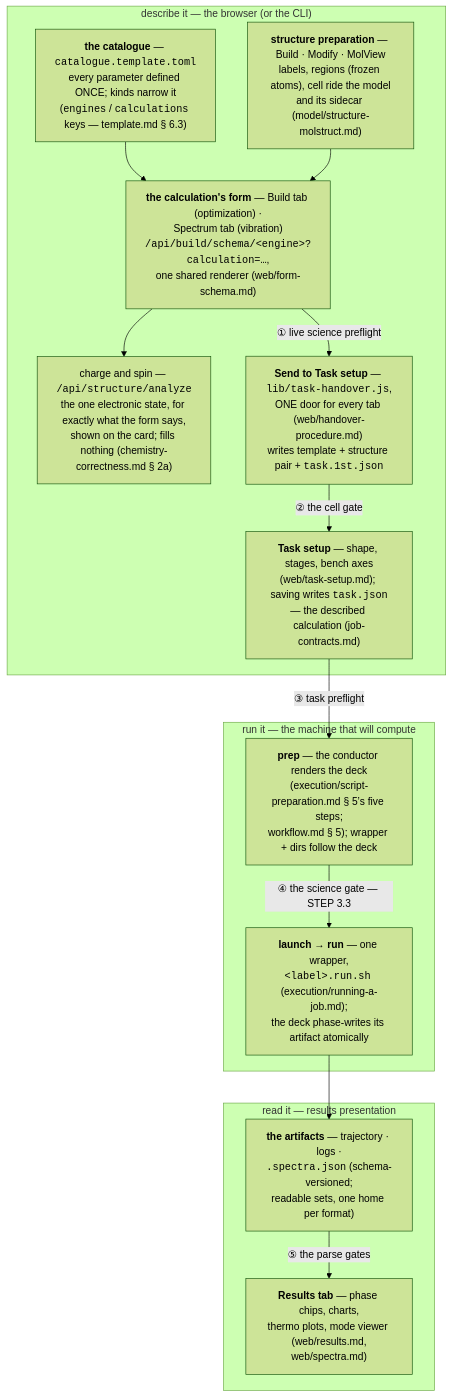
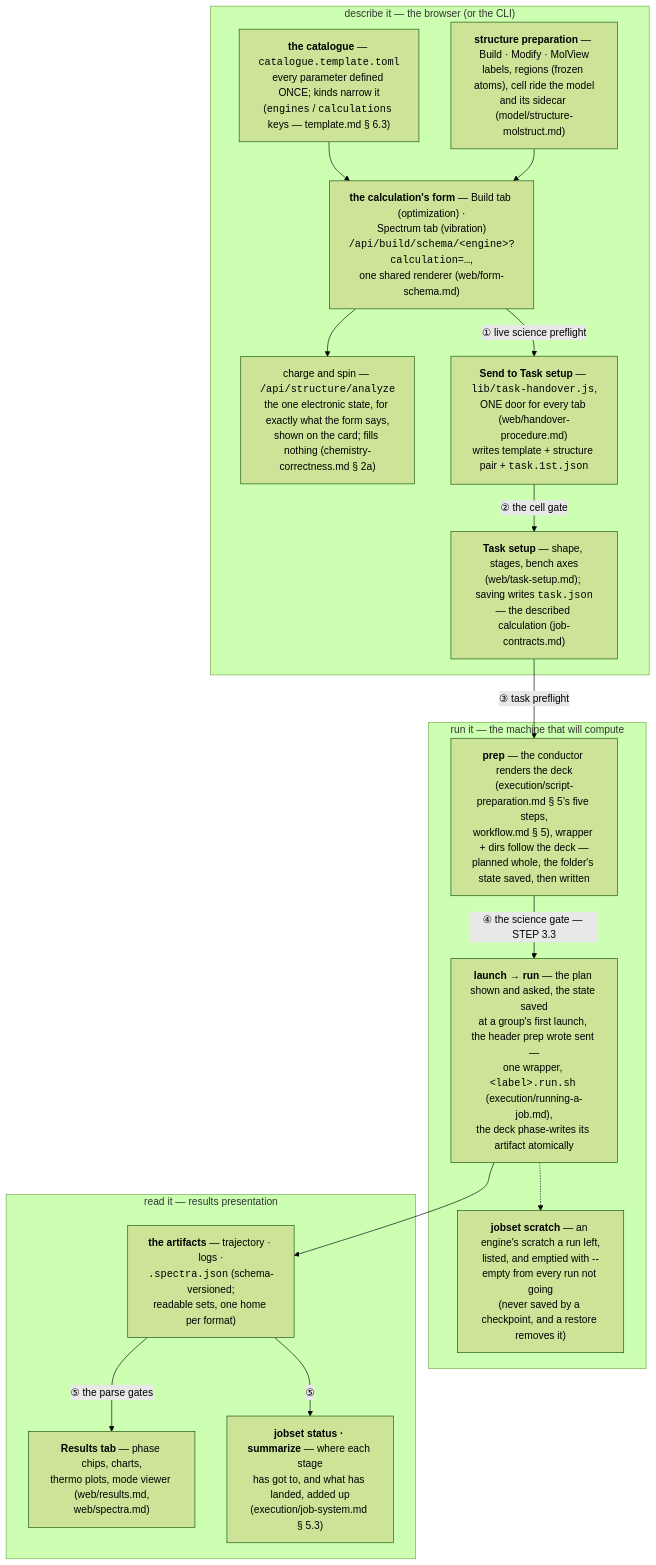
One commit to Qing-LAB/molbuilder changed the fourth of 4 diagrams in docs/workflow.md. Above: the diagram before and after it, drawn with Mermaid (forest theme). The commit also changed other lines of this file and 54 other files, not shown here.

````diff
--- a/docs/workflow.md
+++ b/docs/workflow.md
@@ -496,29 +513,33 @@
 ```mermaid
 flowchart TB
     subgraph DESCRIBE["describe it — the browser (or the CLI)"]
         CAT["<b>the catalogue</b> — <code>catalogue.template.toml</code><br/>every parameter defined ONCE; kinds narrow it<br/>(<code>engines</code> / <code>calculations</code> keys — template.md § 6.3)"]
         STRUCT["<b>structure preparation</b> — Build · Modify · MolView<br/>labels, regions (frozen atoms), cell ride the model<br/>and its sidecar (model/structure-molstruct.md)"]
         FORM["<b>the calculation's form</b> — Build tab (optimization) ·<br/>Spectrum tab (vibration)<br/><code>/api/build/schema/&lt;engine&gt;?calculation=…</code>,<br/>one shared renderer (web/form-schema.md)"]
         DETECT["charge and spin — <code>/api/structure/analyze</code><br/>the one electronic state, for exactly what the form says,<br/>shown on the card; fills nothing (chemistry-correctness.md § 2a)"]
         SEND["<b>Send to Task setup</b> — <code>lib/task-handover.js</code>,<br/>ONE door for every tab (web/handover-procedure.md)<br/>writes template + structure pair + <code>task.1st.json</code>"]
         TS["<b>Task setup</b> — shape, stages, bench axes<br/>(web/task-setup.md); saving writes <code>task.json</code><br/>— the described calculation (job-contracts.md)"]
     end
     subgraph MACHINE["run it — the machine that will compute"]
-        PREP["<b>prep</b> — the conductor renders the deck<br/>(execution/script-preparation.md § 5’s five steps;<br/>workflow.md § 5); wrapper + dirs follow the deck"]
-        RUN["<b>launch → run</b> — one wrapper,<br/><code>&lt;label&gt;.run.sh</code> (execution/running-a-job.md);<br/>the deck phase-writes its artifact atomically"]
+        PREP["<b>prep</b> — the conductor renders the deck<br/>(execution/script-preparation.md § 5’s five steps,<br/>workflow.md § 5), wrapper + dirs follow the deck —<br/>planned whole, the folder's state saved, then written"]
+        RUN["<b>launch → run</b> — the plan shown and asked, the state saved<br/>at a group's first launch, the header prep wrote sent —<br/>one wrapper, <code>&lt;label&gt;.run.sh</code> (execution/running-a-job.md),<br/>the deck phase-writes its artifact atomically"]
+        SCR["<b>jobset scratch</b> — an engine's scratch a run left,<br/>listed, and emptied with --empty from every run not going<br/>(never saved by a checkpoint, and a restore removes it)"]
     end
     subgraph READ["read it — results presentation"]
         ART["<b>the artifacts</b> — trajectory · logs ·<br/><code>.spectra.json</code> (schema-versioned;<br/>readable sets, one home per format)"]
         RES["<b>Results tab</b> — phase chips, charts,<br/>thermo plots, mode viewer (web/results.md,<br/>web/spectra.md)"]
+        OBS["<b>jobset status · summarize</b> — where each stage<br/>has got to, and what has landed, added up<br/>(execution/job-system.md § 5.3)"]
     end
 
     CAT --> FORM
     STRUCT --> FORM
     FORM --> DETECT
     FORM -->|"① live science preflight"| SEND
     SEND -->|"② the cell gate"| TS
     TS -->|"③ task preflight"| PREP
     PREP -->|"④ the science gate — STEP 3.3"| RUN
     RUN --> ART
+    RUN -.-> SCR
     ART -->|"⑤ the parse gates"| RES
+    ART -->|"⑤"| OBS
 ```
````
